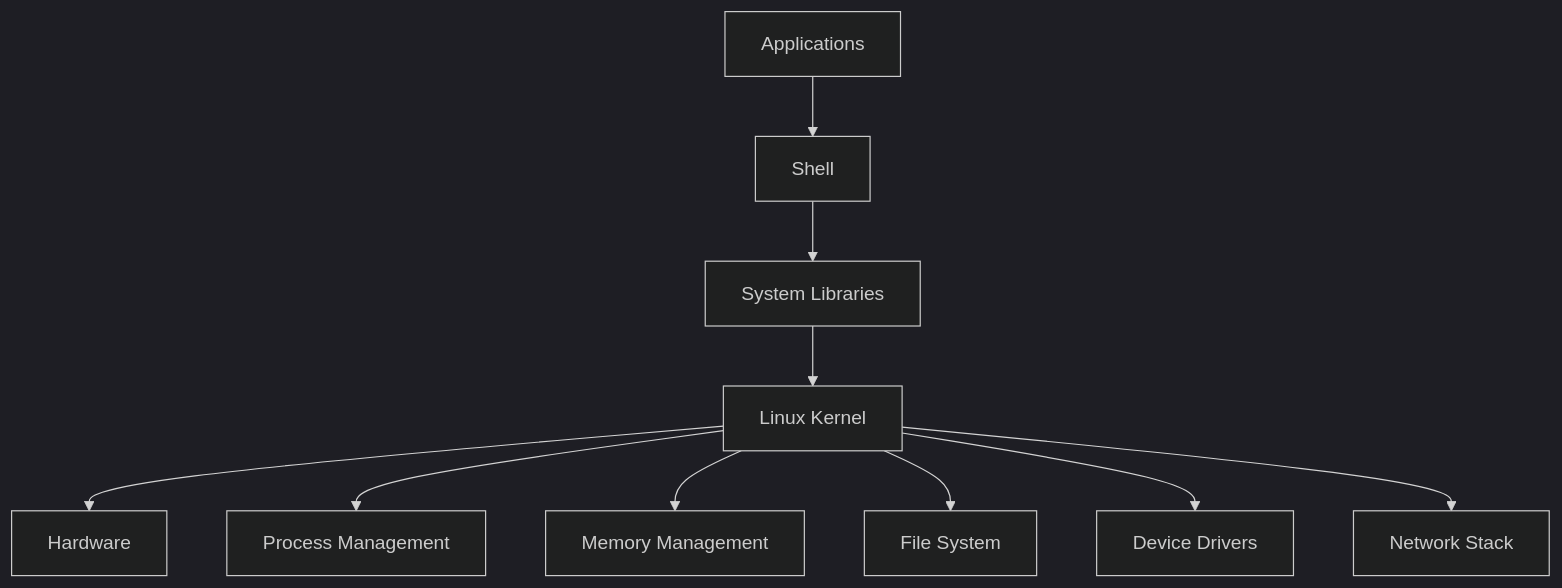
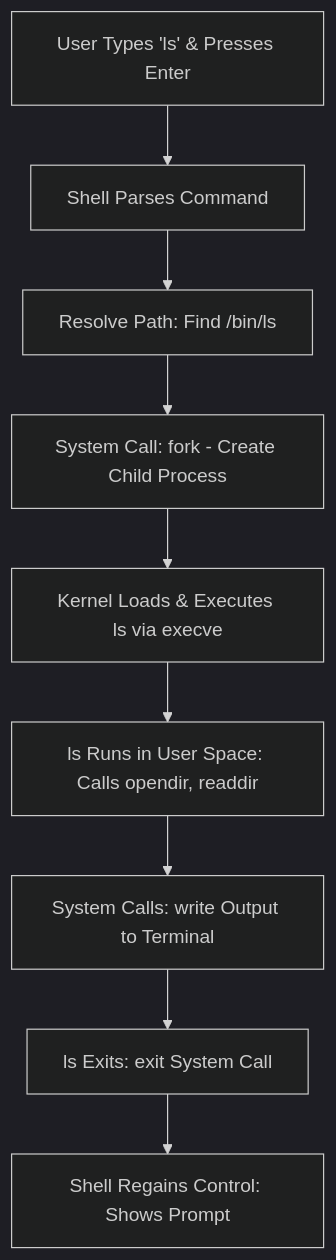
The first of 2 diagrams in Day_01/notes_and_exercises.md (singhhitendra337/linux_the_final_boss), drawn with Mermaid (dark theme) before and after one commit. The commit also changed other lines of this file, not shown here.

````diff
--- a/Day_01/notes_and_exercises.md
+++ b/Day_01/notes_and_exercises.md
@@ -51,12 +102,11 @@
 ```mermaid
-graph TD
-    A[Applications] --> B[Shell]
-    B --> C[System Libraries]
-    C --> D[Linux Kernel]
-    D --> E[Hardware]
-    D --> F[Process Management]
-    D --> G[Memory Management]
-    D --> H[File System]
-    D --> I[Device Drivers]
-    D --> J[Network Stack]
+flowchart TD
+    A[User Types 'ls' & Presses Enter] --> B[Shell Parses Command]
+    B --> C[Resolve Path: Find /bin/ls]
+    C --> D[System Call: fork - Create Child Process]
+    D --> E[Kernel Loads & Executes ls via execve]
+    E --> F[ls Runs in User Space: Calls opendir, readdir]
+    F --> G[System Calls: write Output to Terminal]
+    G --> H[ls Exits: exit System Call]
+    H --> I[Shell Regains Control: Shows Prompt]
 ```
````
